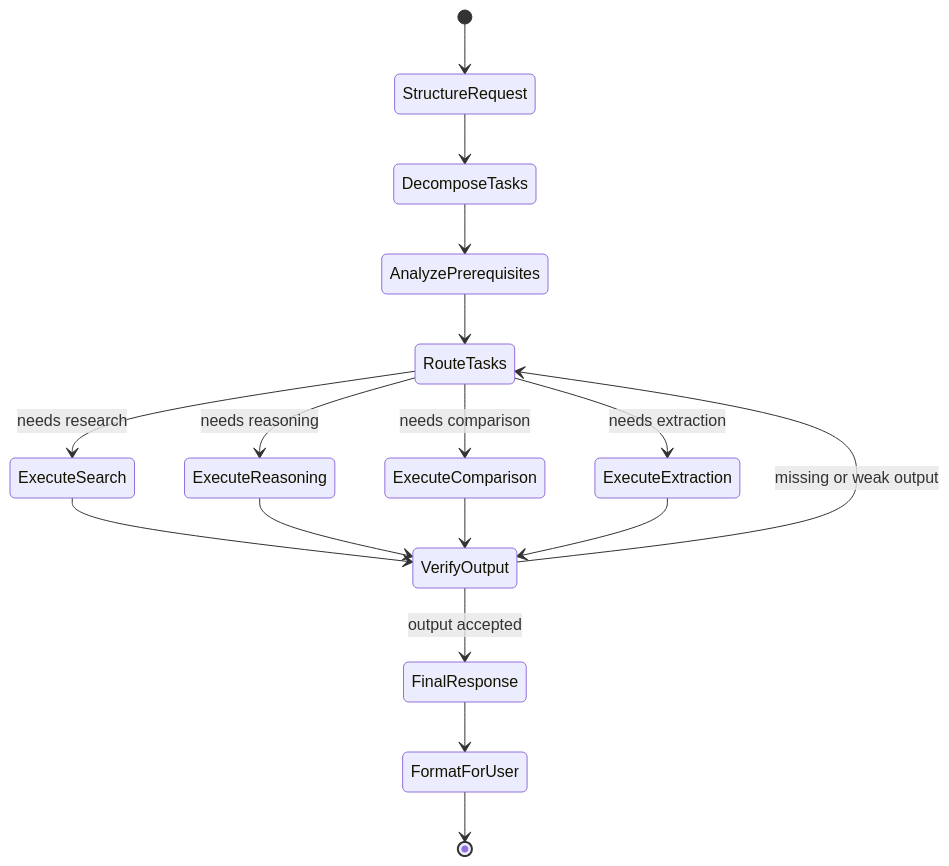
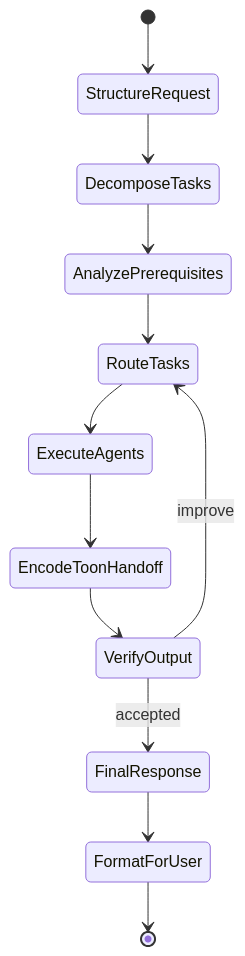
Before and after one commit to Hassaan146/agentic-ai-workflow: the third of 10 diagrams in docs/diagrams.md, drawn with Mermaid. The commit also changed other lines of this file, not shown here.

Commit message:
Make diagrams PDF export friendly

````diff
--- a/docs/diagrams.md
+++ b/docs/diagrams.md
@@ -33,19 +48,14 @@
 ```mermaid
 stateDiagram-v2
     [*] --> StructureRequest
     StructureRequest --> DecomposeTasks
     DecomposeTasks --> AnalyzePrerequisites
     AnalyzePrerequisites --> RouteTasks
-    RouteTasks --> ExecuteSearch : needs research
-    RouteTasks --> ExecuteReasoning : needs reasoning
-    RouteTasks --> ExecuteComparison : needs comparison
-    RouteTasks --> ExecuteExtraction : needs extraction
-    ExecuteSearch --> VerifyOutput
-    ExecuteReasoning --> VerifyOutput
-    ExecuteComparison --> VerifyOutput
-    ExecuteExtraction --> VerifyOutput
-    VerifyOutput --> RouteTasks : missing or weak output
-    VerifyOutput --> FinalResponse : output accepted
+    RouteTasks --> ExecuteAgents
+    ExecuteAgents --> EncodeToonHandoff
+    EncodeToonHandoff --> VerifyOutput
+    VerifyOutput --> RouteTasks : improve
+    VerifyOutput --> FinalResponse : accepted
     FinalResponse --> FormatForUser
     FormatForUser --> [*]
 ```
````
